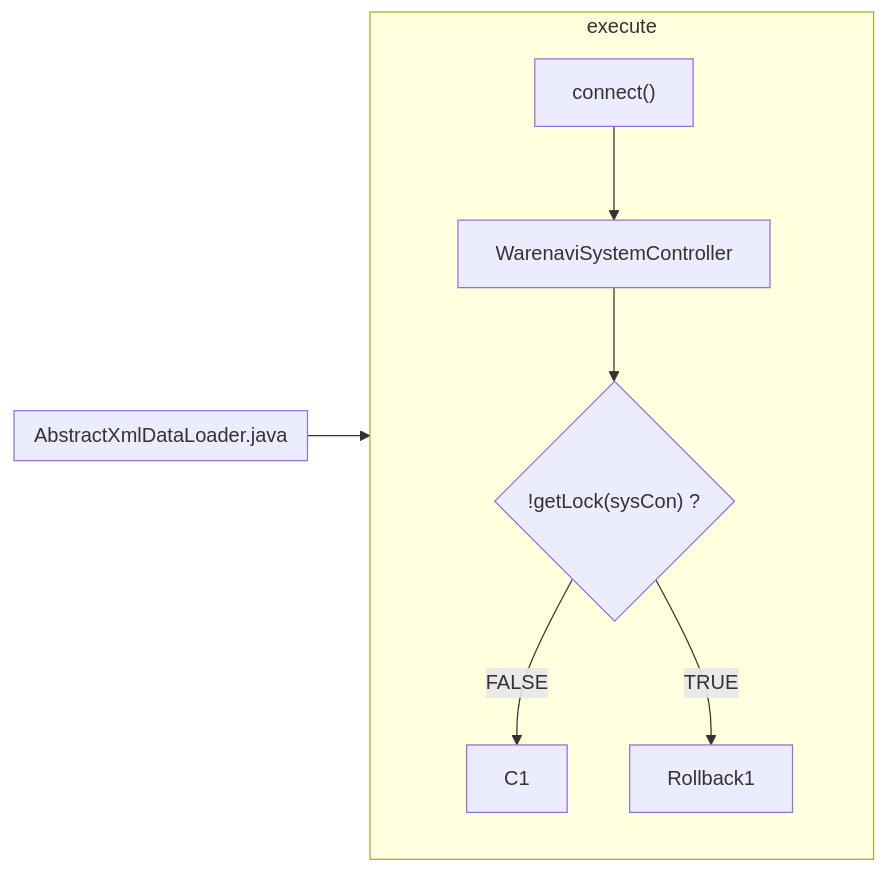
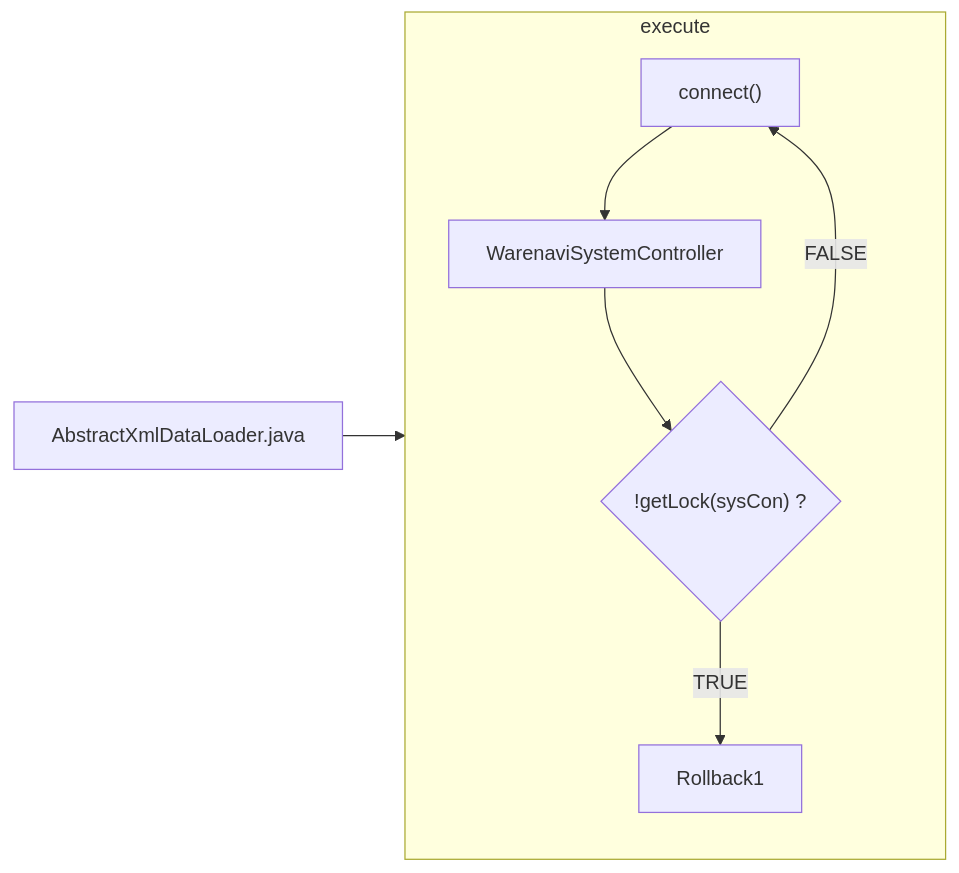
The second of 2 diagrams in Basic-Design/Host-Interfaces.md (luthfiadityaa/SimeDarby-Wiki), drawn with Mermaid before and after one commit.

Commit message:
Updated Host Interfaces

```diff
--- a/Basic-Design/Host-Interfaces.md
+++ b/Basic-Design/Host-Interfaces.md
@@ -59,18 +59,15 @@
 ::: mermaid
 flowchart LR
-
-AbstractXmlDataLoader.java --> execute
-
-subgraph AbstractXmlDataLoader.java
-end 
+ C1["AbstractXmlDataLoader.java"]
+ C1 --> execute
 
 subgraph execute
  C2 --> C3 --> Cond1
 
  C2["connect()"]
  C3["WarenaviSystemController"]
  Cond1{"!getLock(sysCon) ?"} 
- Cond1 --> |FALSE| C1
+ Cond1 --> |FALSE| C2
  Cond1 --> |TRUE| Rollback1
 end
 :::
```
